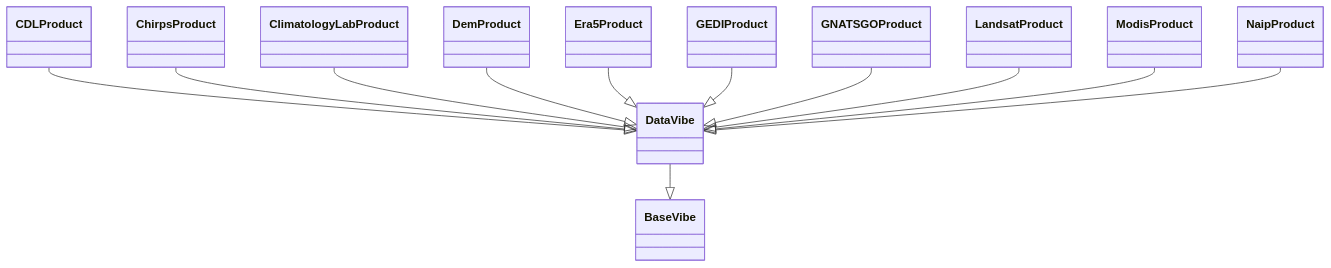
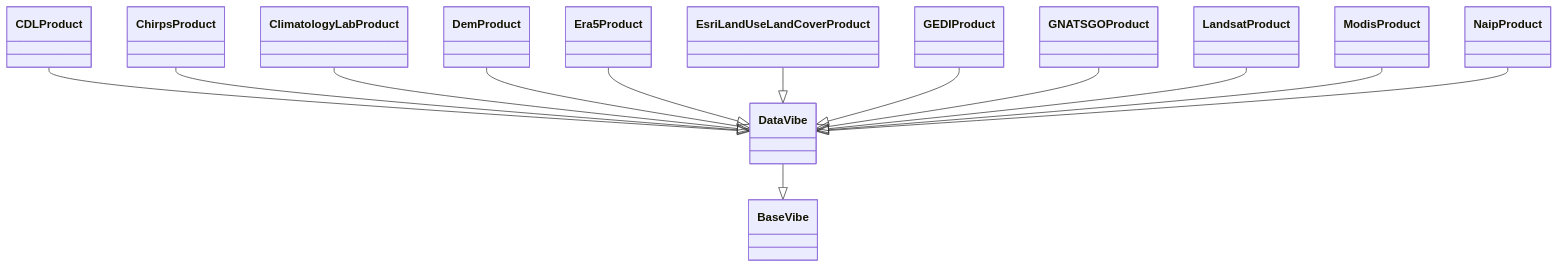
Before and after one commit to microsoft/farmvibes-ai: the diagram in docs/source/docfiles/markdown/data_types_diagram/products_hierarchy.md, drawn with Mermaid. The commit also changed 190 other files, not shown here.

```diff
--- a/docs/source/docfiles/markdown/data_types_diagram/products_hierarchy.md
+++ b/docs/source/docfiles/markdown/data_types_diagram/products_hierarchy.md
@@ -2,41 +2,44 @@
 <div class="mermaid">
 
 classDiagram
   class BaseVibe {
   }
   class DataVibe {
   }
   class CDLProduct {
   }
   class ChirpsProduct {
   }
   class ClimatologyLabProduct {
   }
   class DemProduct {
   }
   class Era5Product {
   }
+  class EsriLandUseLandCoverProduct {
+  }
   class GEDIProduct {
   }
   class GNATSGOProduct {
   }
   class LandsatProduct {
   }
   class ModisProduct {
   }
   class NaipProduct {
   }
   DataVibe --|> BaseVibe
   CDLProduct --|> DataVibe
   ChirpsProduct --|> DataVibe
   ClimatologyLabProduct --|> DataVibe
   DemProduct --|> DataVibe
   Era5Product --|> DataVibe
+  EsriLandUseLandCoverProduct --|> DataVibe
   GEDIProduct --|> DataVibe
   GNATSGOProduct --|> DataVibe
   LandsatProduct --|> DataVibe
   ModisProduct --|> DataVibe
   NaipProduct --|> DataVibe
 
 
 </div>
```
